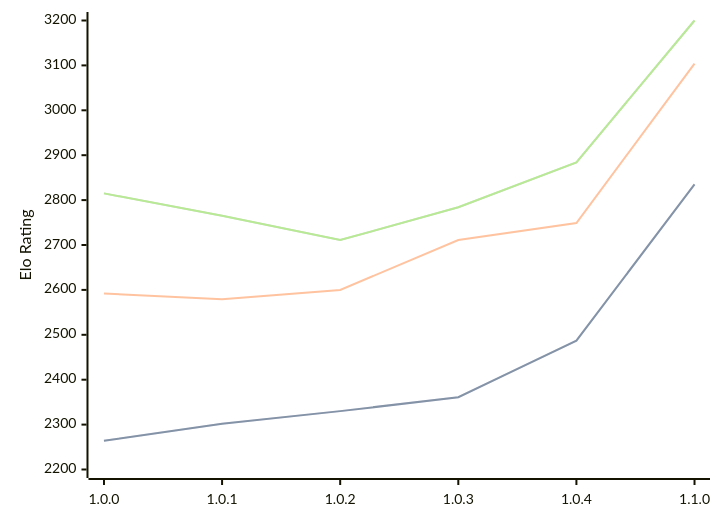
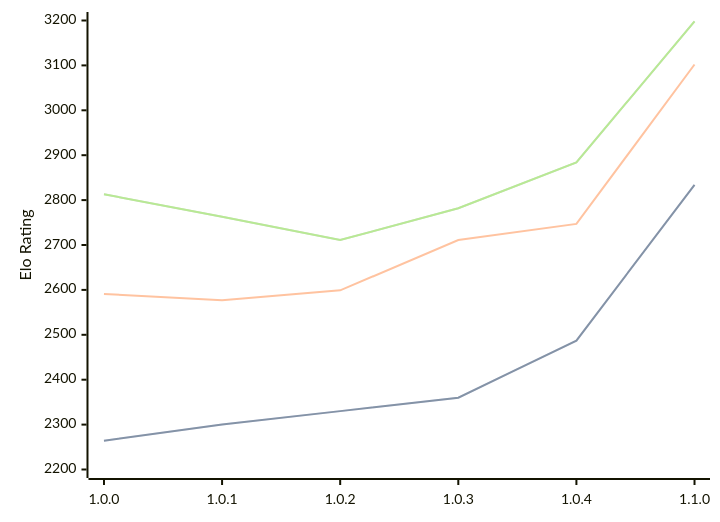
Before and after one commit to computer-chess-index/cci: the diagram in engines/Grail.md, drawn with Mermaid. The commit also changed other lines of this file, not shown here.

Commit message:
Update CCI Ratings (ELO VLTC) - 2026-03-23

````diff
--- a/engines/Grail.md
+++ b/engines/Grail.md
@@ -36,11 +36,11 @@
 ```mermaid
 %%{init: {"theme":"base","themeVariables":{"seriesColors:['#a3a3a3','#222221','#faa371']}}}%%
 xychart-beta
   x-axis ["1.0.0", "1.0.1", "1.0.2", "1.0.3", "1.0.4", "1.1.0"]
   y-axis "Elo Rating" 2200 --> 3200
-  line "STC (8.0+0.08s)" [2264, 2302, 2330, 2361, 2487, 2835]
-  line "STC (8.0+0.08s)" [2264, 2302, 2330, 2361, 2487, 2835]
-  line "LTC (60.0+0.60s)" [2592, 2579, 2600, 2711, 2749, 3104]
-  line "VLTC (2m24s+1.12s)" [2815, 2765, 2711, 2784, 2884, 3200]
-  line "VLTC (2m24s+1.12s)" [2815, 2765, 2711, 2784, 2884, 3200]
+  line "STC (8.0+0.08s)" [2264, 2300, 2330, 2360, 2487, 2834]
+  line "STC (8.0+0.08s)" [2264, 2300, 2330, 2360, 2487, 2834]
+  line "LTC (60.0+0.60s)" [2591, 2577, 2599, 2711, 2747, 3102]
+  line "VLTC (2m24s+1.12s)" [2813, 2763, 2711, 2782, 2884, 3198]
+  line "VLTC (2m24s+1.12s)" [2813, 2763, 2711, 2782, 2884, 3198]
 ```
````
